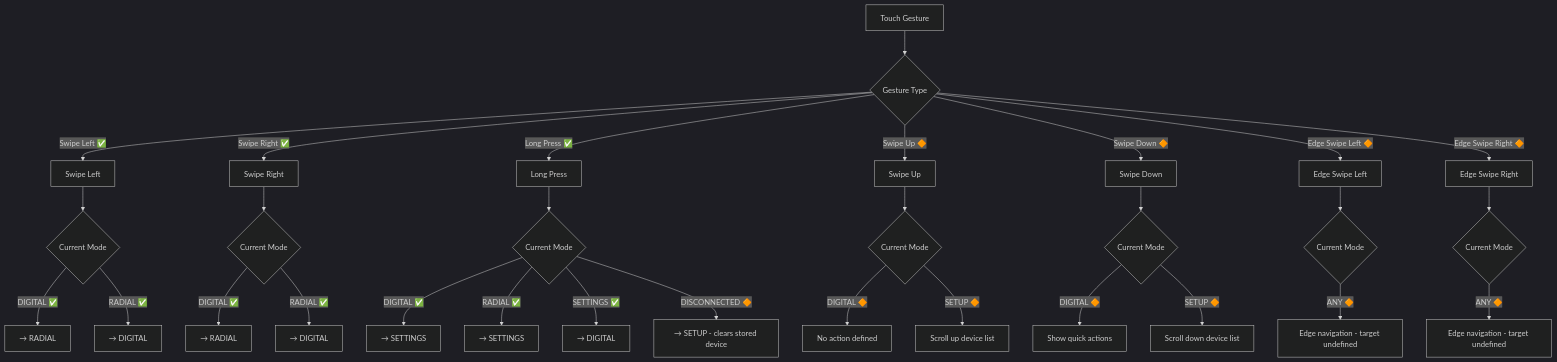
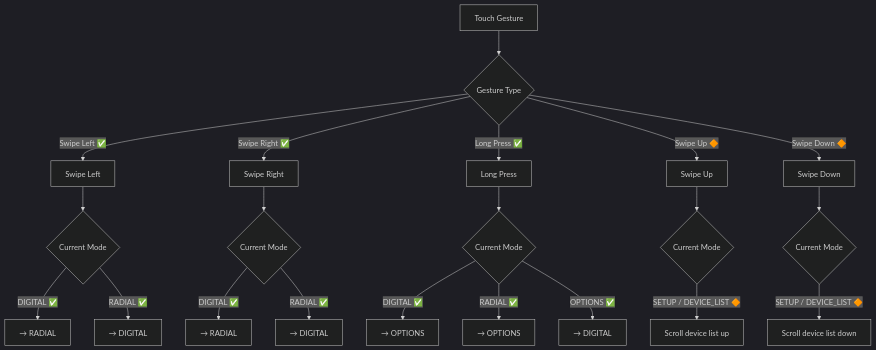
The diagram in workspace/design/design-g1h2i3j4-gesture_reference.md (William12556/GTach), drawn with Mermaid (dark theme) before and after one commit. The commit also changed other lines of this file and 3 other files, not shown here.

First line of the commit message:
docs: revise gesture design and rename SETTINGS to OPTIONS

````diff
--- a/workspace/design/design-g1h2i3j4-gesture_reference.md
+++ b/workspace/design/design-g1h2i3j4-gesture_reference.md
@@ -93,40 +98,29 @@
 ```mermaid
 flowchart TD
     GESTURE[Touch Gesture] --> TYPE{Gesture Type}
 
     TYPE -->|Swipe Left ✅| SL[Swipe Left]
     TYPE -->|Swipe Right ✅| SR[Swipe Right]
     TYPE -->|Long Press ✅| LP[Long Press]
     TYPE -->|Swipe Up 🔶| SU[Swipe Up]
     TYPE -->|Swipe Down 🔶| SD[Swipe Down]
-    TYPE -->|Edge Swipe Left 🔶| ESL[Edge Swipe Left]
-    TYPE -->|Edge Swipe Right 🔶| ESR[Edge Swipe Right]
 
     SL --> SL_MODE{Current Mode}
     SL_MODE -->|DIGITAL ✅| SL_D[→ RADIAL]
     SL_MODE -->|RADIAL ✅| SL_R[→ DIGITAL]
 
     SR --> SR_MODE{Current Mode}
     SR_MODE -->|DIGITAL ✅| SR_D[→ RADIAL]
     SR_MODE -->|RADIAL ✅| SR_R[→ DIGITAL]
 
     LP --> LP_MODE{Current Mode}
-    LP_MODE -->|DIGITAL ✅| LP_D[→ SETTINGS]
-    LP_MODE -->|RADIAL ✅| LP_R[→ SETTINGS]
-    LP_MODE -->|SETTINGS ✅| LP_S[→ DIGITAL]
-    LP_MODE -->|DISCONNECTED 🔶| LP_X[→ SETUP - clears stored device]
+    LP_MODE -->|DIGITAL ✅| LP_D[→ OPTIONS]
+    LP_MODE -->|RADIAL ✅| LP_R[→ OPTIONS]
+    LP_MODE -->|OPTIONS ✅| LP_S[→ DIGITAL]
 
     SU --> SU_MODE{Current Mode}
-    SU_MODE -->|DIGITAL 🔶| SU_D[No action defined]
-    SU_MODE -->|SETUP 🔶| SU_SET[Scroll up device list]
+    SU_MODE -->|SETUP / DEVICE_LIST 🔶| SU_SET[Scroll device list up]
 
     SD --> SD_MODE{Current Mode}
-    SD_MODE -->|DIGITAL 🔶| SD_D[Show quick actions]
-    SD_MODE -->|SETUP 🔶| SD_SET[Scroll down device list]
-
-    ESL --> ESL_MODE{Current Mode}
-    ESL_MODE -->|ANY 🔶| ESL_A[Edge navigation - target undefined]
-
-    ESR --> ESR_MODE{Current Mode}
-    ESR_MODE -->|ANY 🔶| ESR_A[Edge navigation - target undefined]
+    SD_MODE -->|SETUP / DEVICE_LIST 🔶| SD_SET[Scroll device list down]
 ```
````
